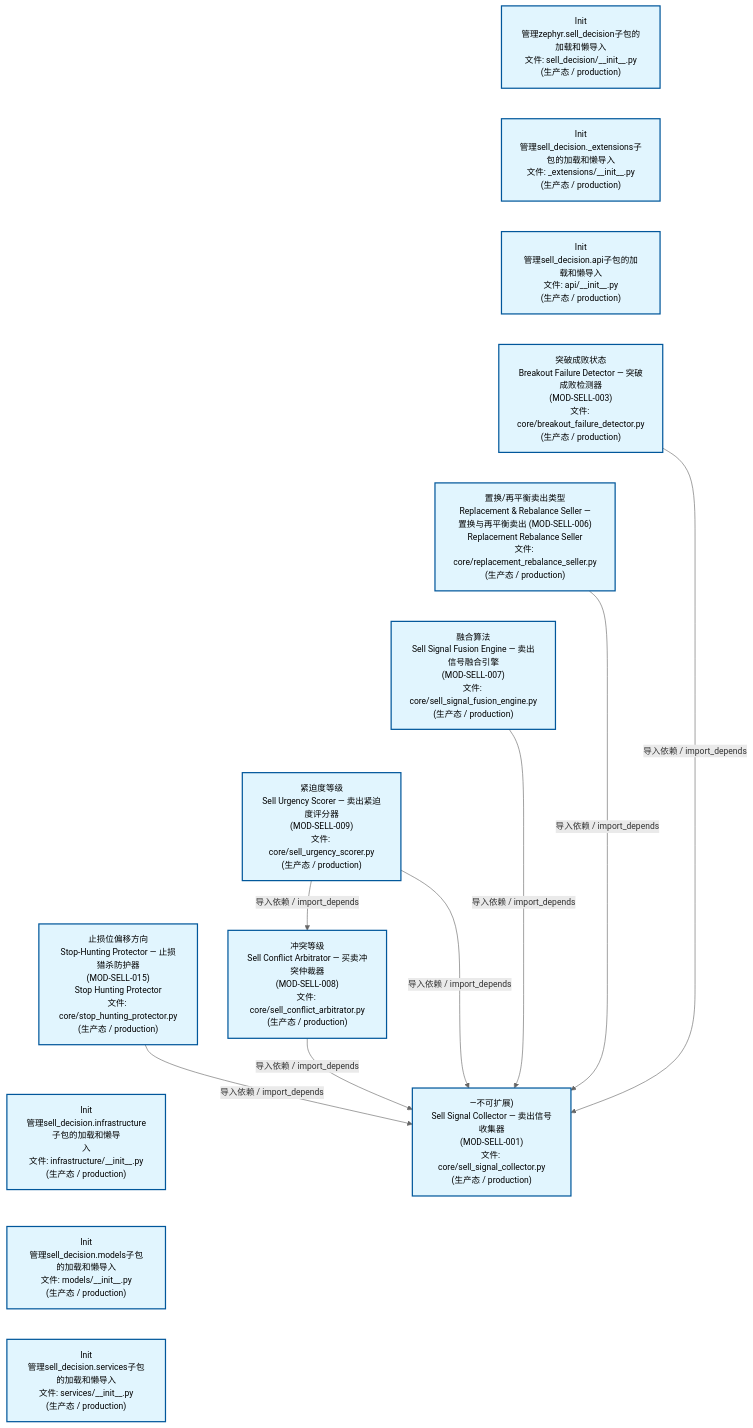
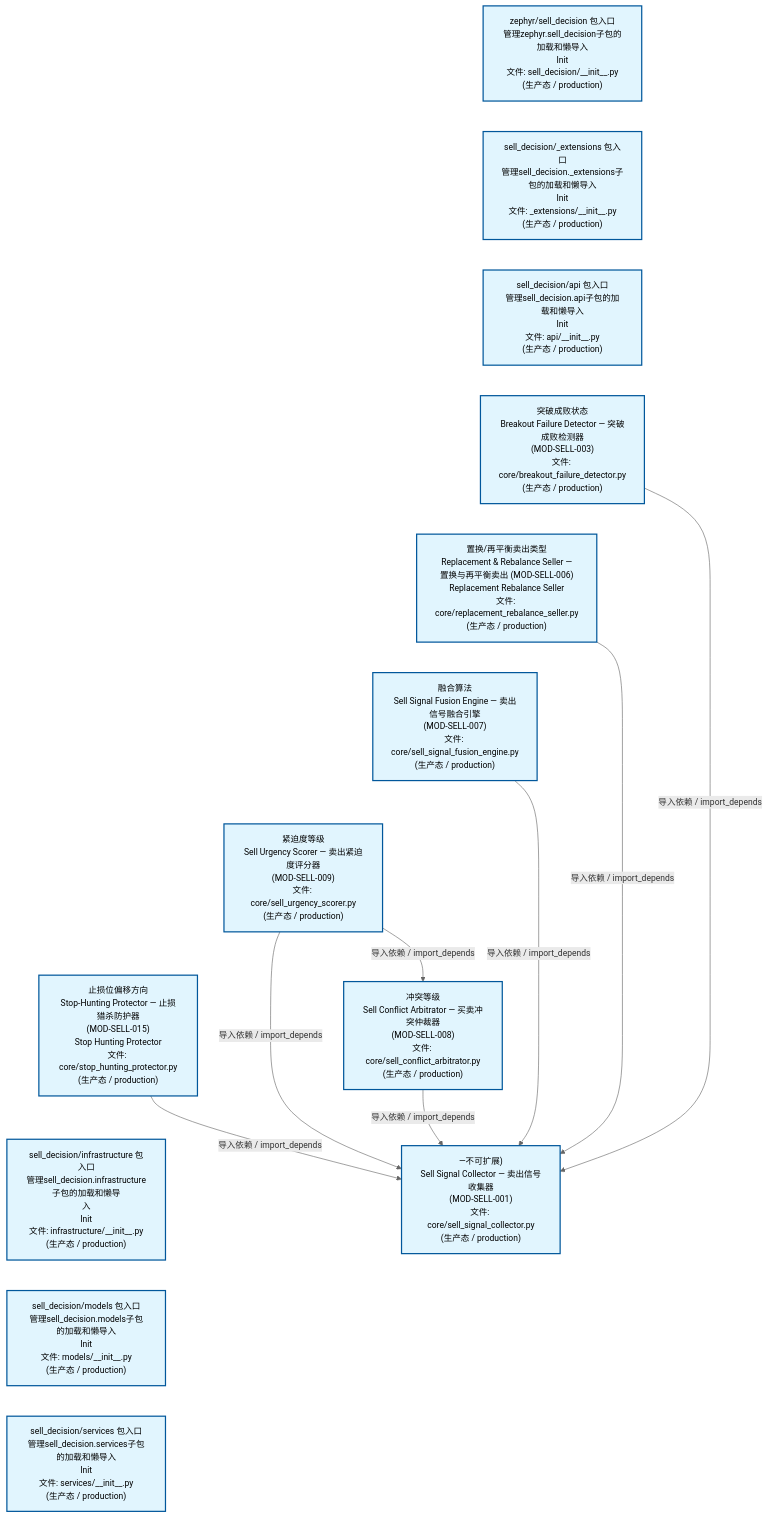
Before and after one commit to xuanFelixVan/ZephyrAlpha: the second of 4 diagrams in docs/02_enterprise_architecture/02_domain_architecture_docs/67_d_sell_decision.md, drawn with Mermaid. The commit also changed other lines of this file and 56 other files, not shown here.

````diff
--- a/docs/02_enterprise_architecture/02_domain_architecture_docs/67_d_sell_decision.md
+++ b/docs/02_enterprise_architecture/02_domain_architecture_docs/67_d_sell_decision.md
@@ -150,39 +150,39 @@
 ```mermaid
 %%{init: {'theme': 'base', 'themeVariables': {'primaryColor': '#eaeaea', 'primaryTextColor': '#333333', 'primaryBorderColor': '#666666', 'lineColor': '#666666', 'secondaryColor': '#eaeaea', 'tertiaryColor': '#eaeaea', 'fontSize': '14px'}}}%%
 flowchart TD
-    src_zephyr_sell_decision_init_py["Init<br/>管理zephyr.sell_decision子包的加载和懒导入<br/>文件: sell_decision/__init__.py<br/>(生产态 / production)"]
-    src_zephyr_sell_decision_extensions_init_py["Init<br/>管理sell_decision._extensions子包的加载和懒导入<br/>文件: _extensions/__init__.py<br/>(生产态 / production)"]
-    src_zephyr_sell_decision_api_init_py["Init<br/>管理sell_decision.api子包的加载和懒导入<br/>文件: api/__init__.py<br/>(生产态 / production)"]
+    src_zephyr_sell_decision_init_py["zephyr/sell_decision 包入口<br/>管理zephyr.sell_decision子包的加载和懒导入<br/>Init<br/>文件: sell_decision/__init__.py<br/>(生产态 / production)"]
+    src_zephyr_sell_decision_extensions_init_py["sell_decision/_extensions 包入口<br/>管理sell_decision._extensions子包的加载和懒导入<br/>Init<br/>文件: _extensions/__init__.py<br/>(生产态 / production)"]
+    src_zephyr_sell_decision_api_init_py["sell_decision/api 包入口<br/>管理sell_decision.api子包的加载和懒导入<br/>Init<br/>文件: api/__init__.py<br/>(生产态 / production)"]
     src_zephyr_sell_decision_core_breakout_failure_detector_py["突破成败状态<br/>Breakout Failure Detector — 突破成败检测器<br/>(MOD-SELL-003)<br/>文件: core/breakout_failure_detector.py<br/>(生产态 / production)"]
     src_zephyr_sell_decision_core_replacement_rebalance_seller_py["置换/再平衡卖出类型<br/>Replacement & Rebalance Seller —<br/>置换与再平衡卖出 (MOD-SELL-006)<br/>Replacement Rebalance Seller<br/>文件: core/replacement_rebalance_seller.py<br/>(生产态 / production)"]
     src_zephyr_sell_decision_core_sell_signal_fusion_engine_py["融合算法<br/>Sell Signal Fusion Engine — 卖出信号融合引擎<br/>(MOD-SELL-007)<br/>文件: core/sell_signal_fusion_engine.py<br/>(生产态 / production)"]
     src_zephyr_sell_decision_core_sell_urgency_scorer_py["紧迫度等级<br/>Sell Urgency Scorer — 卖出紧迫度评分器<br/>(MOD-SELL-009)<br/>文件: core/sell_urgency_scorer.py<br/>(生产态 / production)"]
     src_zephyr_sell_decision_core_stop_hunting_protector_py["止损位偏移方向<br/>Stop-Hunting Protector — 止损猎杀防护器<br/>(MOD-SELL-015)<br/>Stop Hunting Protector<br/>文件: core/stop_hunting_protector.py<br/>(生产态 / production)"]
-    src_zephyr_sell_decision_infrastructure_init_py["Init<br/>管理sell_decision.infrastructure子包的加载和懒导<br/>入<br/>文件: infrastructure/__init__.py<br/>(生产态 / production)"]
-    src_zephyr_sell_decision_models_init_py["Init<br/>管理sell_decision.models子包的加载和懒导入<br/>文件: models/__init__.py<br/>(生产态 / production)"]
-    src_zephyr_sell_decision_services_init_py["Init<br/>管理sell_decision.services子包的加载和懒导入<br/>文件: services/__init__.py<br/>(生产态 / production)"]
+    src_zephyr_sell_decision_infrastructure_init_py["sell_decision/infrastructure 包入口<br/>管理sell_decision.infrastructure子包的加载和懒导<br/>入<br/>Init<br/>文件: infrastructure/__init__.py<br/>(生产态 / production)"]
+    src_zephyr_sell_decision_models_init_py["sell_decision/models 包入口<br/>管理sell_decision.models子包的加载和懒导入<br/>Init<br/>文件: models/__init__.py<br/>(生产态 / production)"]
+    src_zephyr_sell_decision_services_init_py["sell_decision/services 包入口<br/>管理sell_decision.services子包的加载和懒导入<br/>Init<br/>文件: services/__init__.py<br/>(生产态 / production)"]
     src_zephyr_sell_decision_init_py ~~~ src_zephyr_sell_decision_extensions_init_py
     src_zephyr_sell_decision_extensions_init_py ~~~ src_zephyr_sell_decision_api_init_py
     src_zephyr_sell_decision_api_init_py ~~~ src_zephyr_sell_decision_core_breakout_failure_detector_py
     src_zephyr_sell_decision_core_breakout_failure_detector_py ~~~ src_zephyr_sell_decision_core_replacement_rebalance_seller_py
     src_zephyr_sell_decision_core_replacement_rebalance_seller_py ~~~ src_zephyr_sell_decision_core_sell_signal_fusion_engine_py
     src_zephyr_sell_decision_core_sell_signal_fusion_engine_py ~~~ src_zephyr_sell_decision_core_sell_urgency_scorer_py
     src_zephyr_sell_decision_core_sell_urgency_scorer_py ~~~ src_zephyr_sell_decision_core_stop_hunting_protector_py
     src_zephyr_sell_decision_core_stop_hunting_protector_py ~~~ src_zephyr_sell_decision_infrastructure_init_py
     src_zephyr_sell_decision_infrastructure_init_py ~~~ src_zephyr_sell_decision_models_init_py
     src_zephyr_sell_decision_models_init_py ~~~ src_zephyr_sell_decision_services_init_py
     src_zephyr_sell_decision_core_sell_conflict_arbitrator_py["冲突等级<br/>Sell Conflict Arbitrator — 买卖冲突仲裁器<br/>(MOD-SELL-008)<br/>文件: core/sell_conflict_arbitrator.py<br/>(生产态 / production)"]
     src_zephyr_sell_decision_core_sell_signal_collector_py["—不可扩展)<br/>Sell Signal Collector — 卖出信号收集器<br/>(MOD-SELL-001)<br/>文件: core/sell_signal_collector.py<br/>(生产态 / production)"]
     src_zephyr_sell_decision_core_breakout_failure_detector_py -->|导入依赖 / import_depends| src_zephyr_sell_decision_core_sell_signal_collector_py
     src_zephyr_sell_decision_core_replacement_rebalance_seller_py -->|导入依赖 / import_depends| src_zephyr_sell_decision_core_sell_signal_collector_py
+    src_zephyr_sell_decision_core_sell_urgency_scorer_py -->|导入依赖 / import_depends| src_zephyr_sell_decision_core_sell_signal_collector_py
+    src_zephyr_sell_decision_core_sell_urgency_scorer_py -->|导入依赖 / import_depends| src_zephyr_sell_decision_core_sell_conflict_arbitrator_py
     src_zephyr_sell_decision_core_sell_conflict_arbitrator_py -->|导入依赖 / import_depends| src_zephyr_sell_decision_core_sell_signal_collector_py
-    src_zephyr_sell_decision_core_sell_urgency_scorer_py -->|导入依赖 / import_depends| src_zephyr_sell_decision_core_sell_conflict_arbitrator_py
-    src_zephyr_sell_decision_core_sell_urgency_scorer_py -->|导入依赖 / import_depends| src_zephyr_sell_decision_core_sell_signal_collector_py
+    src_zephyr_sell_decision_core_stop_hunting_protector_py -->|导入依赖 / import_depends| src_zephyr_sell_decision_core_sell_signal_collector_py
     src_zephyr_sell_decision_core_sell_signal_fusion_engine_py -->|导入依赖 / import_depends| src_zephyr_sell_decision_core_sell_signal_collector_py
-    src_zephyr_sell_decision_core_stop_hunting_protector_py -->|导入依赖 / import_depends| src_zephyr_sell_decision_core_sell_signal_collector_py
     classDef production fill:#e1f5fe,stroke:#01579b,stroke-width:2px,color:#000
     classDef design fill:#fff3e0,stroke:#e65100,stroke-width:2px,color:#000,stroke-dasharray: 5 5
     classDef external_prod fill:#e8f4fd,stroke:#0277bd,stroke-width:1px,color:#000
     classDef external_design fill:#fff8e7,stroke:#ef6c00,stroke-width:1px,color:#000,stroke-dasharray: 5 5
     class src_zephyr_sell_decision_init_py,src_zephyr_sell_decision_extensions_init_py,src_zephyr_sell_decision_api_init_py,src_zephyr_sell_decision_core_breakout_failure_detector_py,src_zephyr_sell_decision_core_replacement_rebalance_seller_py,src_zephyr_sell_decision_core_sell_conflict_arbitrator_py,src_zephyr_sell_decision_core_sell_signal_collector_py,src_zephyr_sell_decision_core_sell_signal_fusion_engine_py,src_zephyr_sell_decision_core_sell_urgency_scorer_py,src_zephyr_sell_decision_core_stop_hunting_protector_py,src_zephyr_sell_decision_infrastructure_init_py,src_zephyr_sell_decision_models_init_py,src_zephyr_sell_decision_services_init_py production
 ```
````
